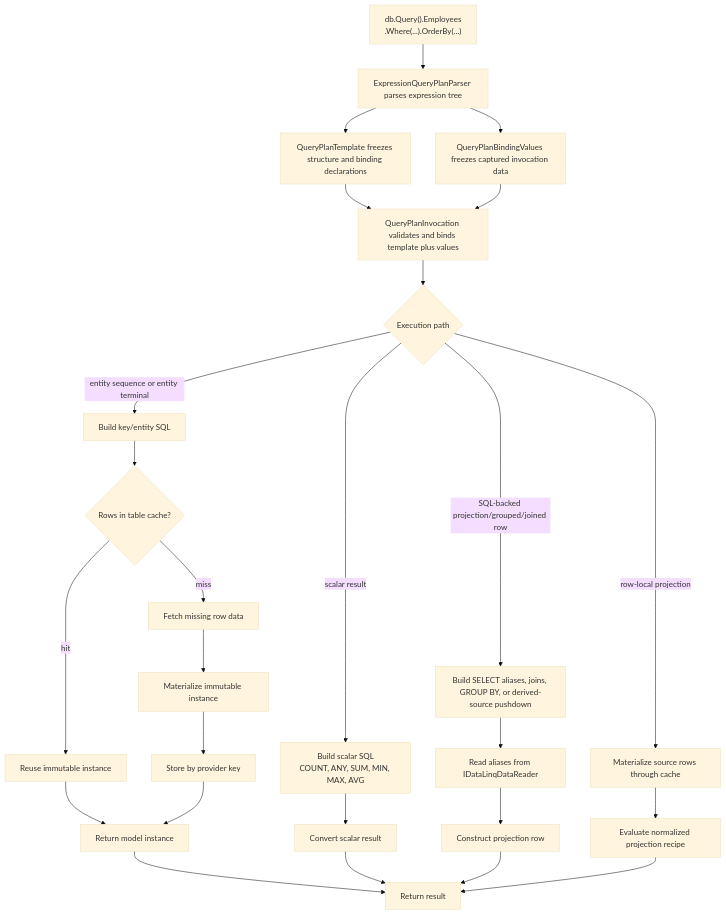
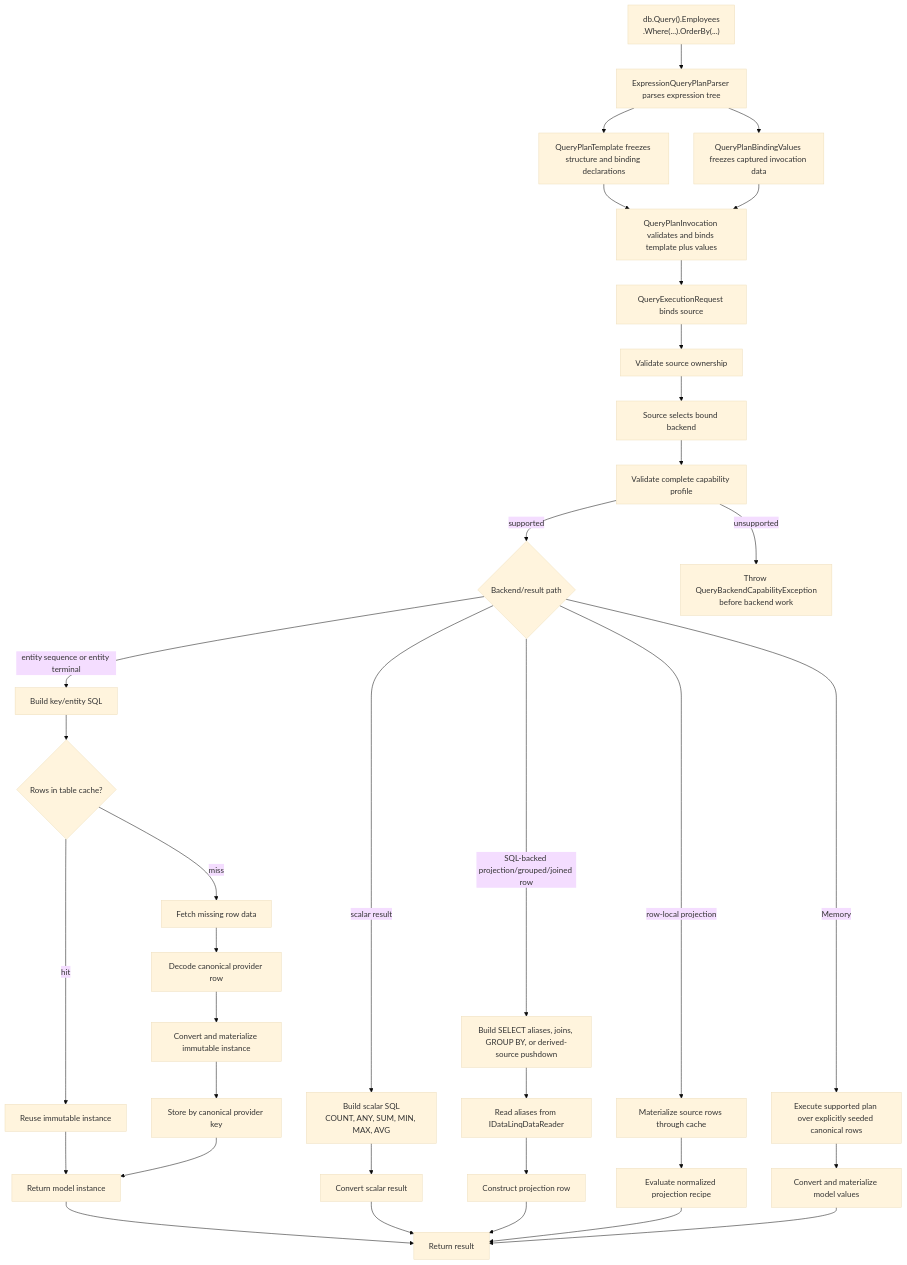
The fourth of 10 diagrams in docs/internals/Data Flow.md (bazer/DataLinq), drawn with Mermaid (base theme) before and after one commit. The commit also changed other lines of this file and 32 other files, not shown here.

````diff
--- a/docs/internals/Data Flow.md
+++ b/docs/internals/Data Flow.md
@@ -86,28 +88,37 @@
 ```mermaid
 flowchart TD
     A["db.Query().Employees<br/>.Where(...).OrderBy(...)"] --> B["ExpressionQueryPlanParser parses expression tree"]
     B --> C["QueryPlanTemplate freezes structure and binding declarations"]
     B --> V["QueryPlanBindingValues freezes captured invocation data"]
     C --> I0["QueryPlanInvocation validates and binds template plus values"]
     V --> I0
-    I0 --> D{"Execution path"}
+    I0 --> RQ["QueryExecutionRequest binds source"]
+    RQ --> OWN["Validate source ownership"]
+    OWN --> SEL["Source selects bound backend"]
+    SEL --> CAP["Validate complete capability profile"]
+    CAP -- "supported" --> D{"Backend/result path"}
+    CAP -- "unsupported" --> X["Throw QueryBackendCapabilityException<br/>before backend work"]
     D -- "entity sequence or entity terminal" --> E["Build key/entity SQL"]
     E --> F{"Rows in table cache?"}
     F -- "hit" --> G["Reuse immutable instance"]
     F -- "miss" --> H["Fetch missing row data"]
-    H --> I["Materialize immutable instance"]
-    I --> J["Store by provider key"]
+    H --> CAN["Decode canonical provider row"]
+    CAN --> I["Convert and materialize immutable instance"]
+    I --> J["Store by canonical provider key"]
     G --> K["Return model instance"]
     J --> K
     D -- "scalar result" --> L["Build scalar SQL<br/>COUNT, ANY, SUM, MIN, MAX, AVG"]
     L --> M["Convert scalar result"]
     D -- "SQL-backed projection/grouped/joined row" --> N["Build SELECT aliases, joins, GROUP BY, or derived-source pushdown"]
     N --> O["Read aliases from IDataLinqDataReader"]
     O --> P["Construct projection row"]
     D -- "row-local projection" --> Q["Materialize source rows through cache"]
     Q --> R["Evaluate normalized projection recipe"]
+    D -- "Memory" --> MEM["Execute supported plan over explicitly seeded canonical rows"]
+    MEM --> MM["Convert and materialize model values"]
     K --> S["Return result"]
     M --> S
     P --> S
     R --> S
+    MM --> S
 ```
````
